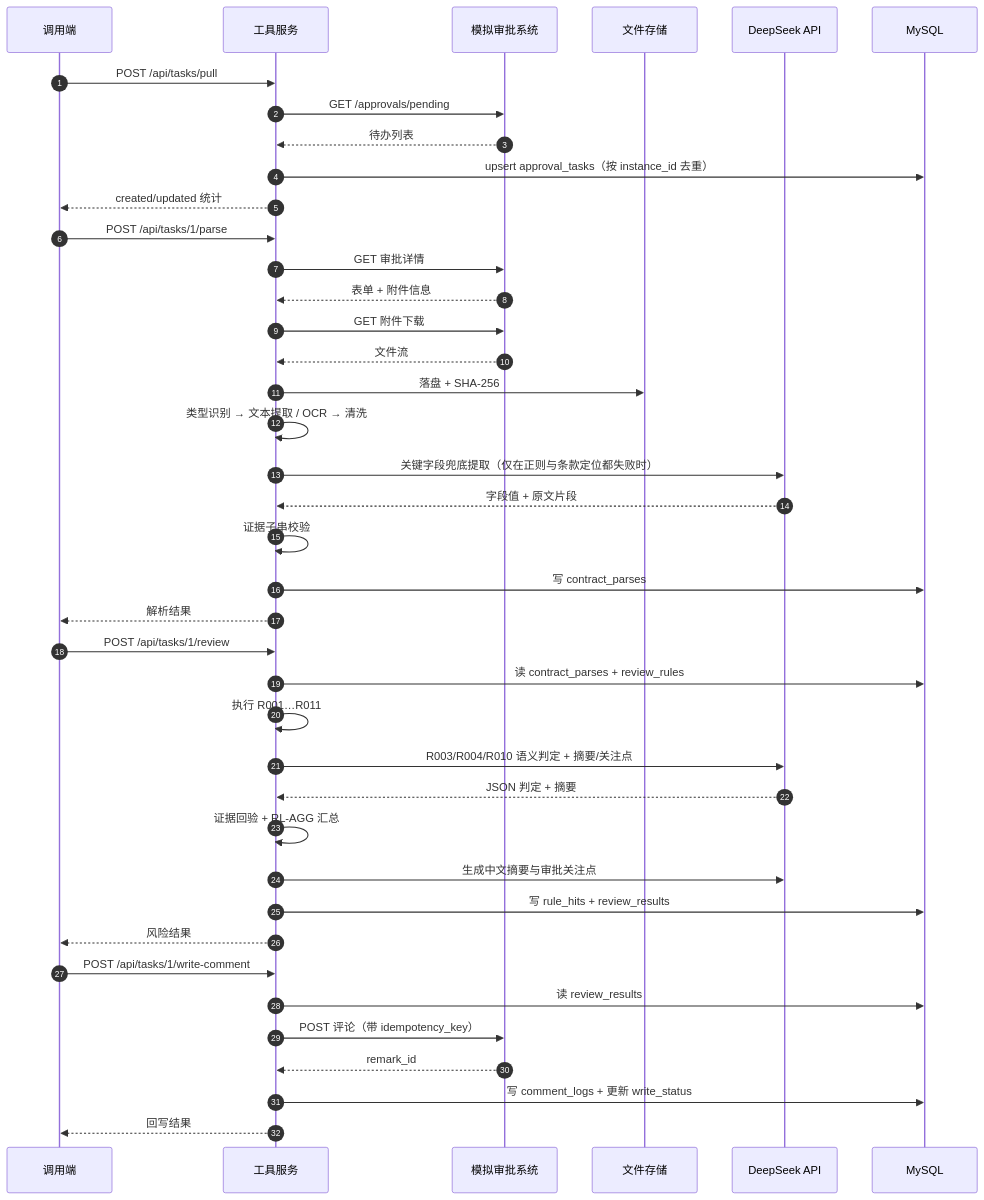
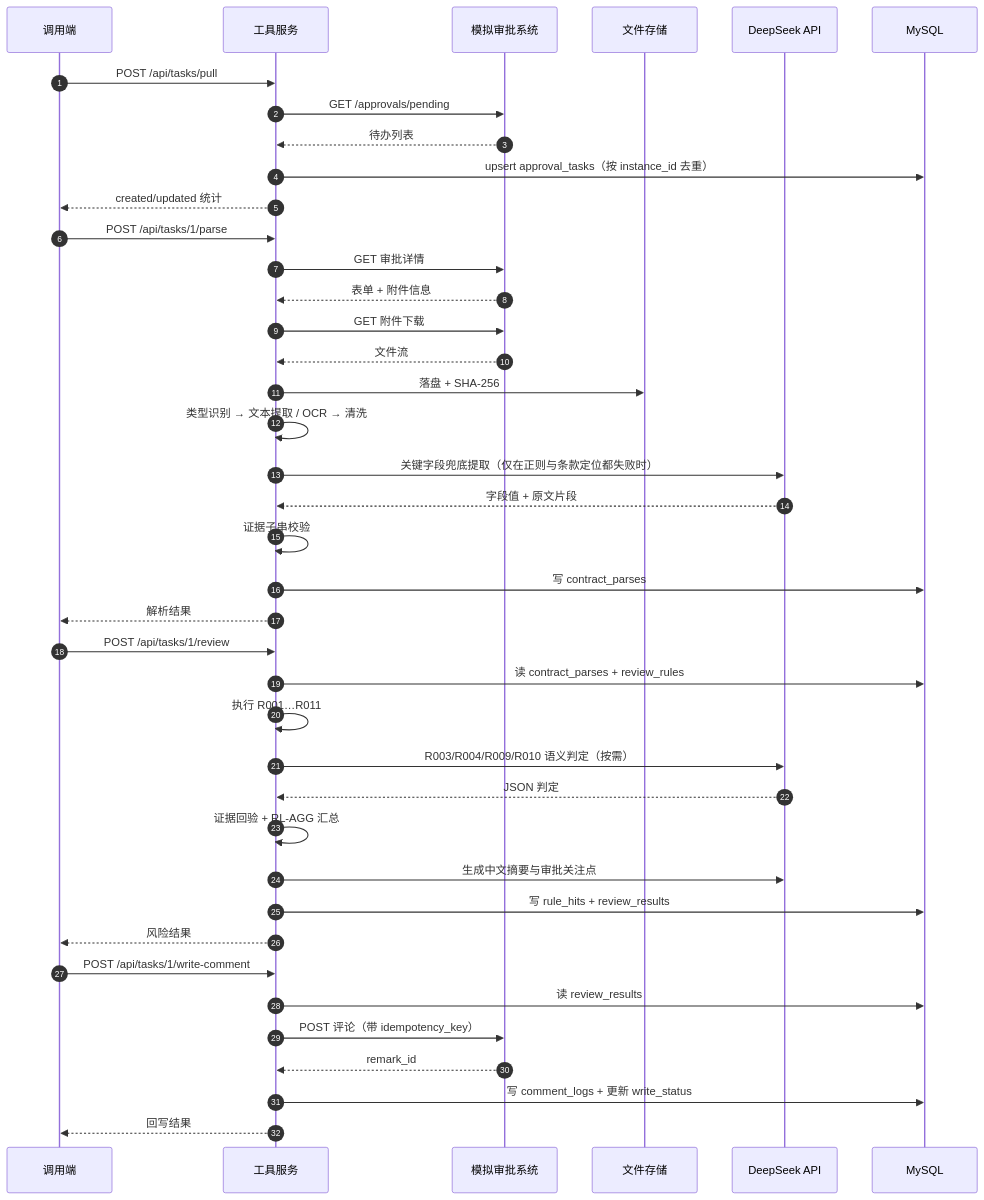
The fifth of 15 diagrams in docs/架构图.md (lihaozhen-max/ClauseGuard), drawn with Mermaid before and after one commit. The commit also changed other lines of this file and 2 other files, not shown here.

First line of the commit message:
docs(架构): 架构图同步到 v1.1 —— 加"给小白"的讲解层 + 修正 7 处与代码脱节

````diff
--- a/docs/架构图.md
+++ b/docs/架构图.md
@@ -290,46 +438,46 @@
 ```mermaid
 sequenceDiagram
     autonumber
     participant U as 调用端
     participant S as 工具服务
     participant A as 模拟审批系统
     participant F as 文件存储
     participant L as DeepSeek API
     participant D as MySQL
 
     U->>S: POST /api/tasks/pull
     S->>A: GET /approvals/pending
     A-->>S: 待办列表
     S->>D: upsert approval_tasks（按 instance_id 去重）
     S-->>U: created/updated 统计
 
     U->>S: POST /api/tasks/1/parse
     S->>A: GET 审批详情
     A-->>S: 表单 + 附件信息
     S->>A: GET 附件下载
     A-->>S: 文件流
     S->>F: 落盘 + SHA-256
     S->>S: 类型识别 → 文本提取 / OCR → 清洗
     S->>L: 关键字段兜底提取（仅在正则与条款定位都失败时）
     L-->>S: 字段值 + 原文片段
     S->>S: 证据子串校验
     S->>D: 写 contract_parses
     S-->>U: 解析结果
 
     U->>S: POST /api/tasks/1/review
     S->>D: 读 contract_parses + review_rules
     S->>S: 执行 R001…R011
-    S->>L: R003/R004/R010 语义判定 + 摘要/关注点
-    L-->>S: JSON 判定 + 摘要
+    S->>L: R003/R004/R009/R010 语义判定（按需）
+    L-->>S: JSON 判定
     S->>S: 证据回验 + RL-AGG 汇总
     S->>L: 生成中文摘要与审批关注点
     S->>D: 写 rule_hits + review_results
     S-->>U: 风险结果
 
     U->>S: POST /api/tasks/1/write-comment
     S->>D: 读 review_results
     S->>A: POST 评论（带 idempotency_key）
     A-->>S: remark_id
     S->>D: 写 comment_logs + 更新 write_status
     S-->>U: 回写结果
 ```
````
